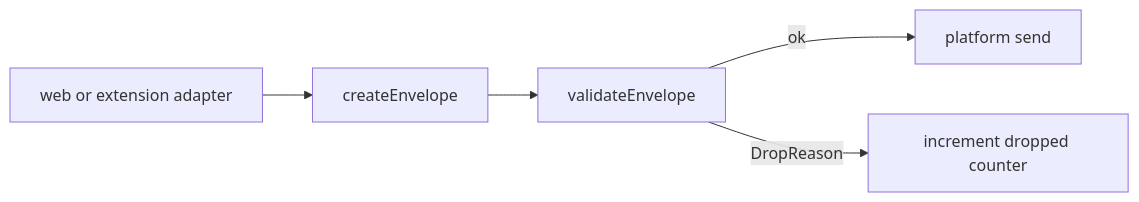
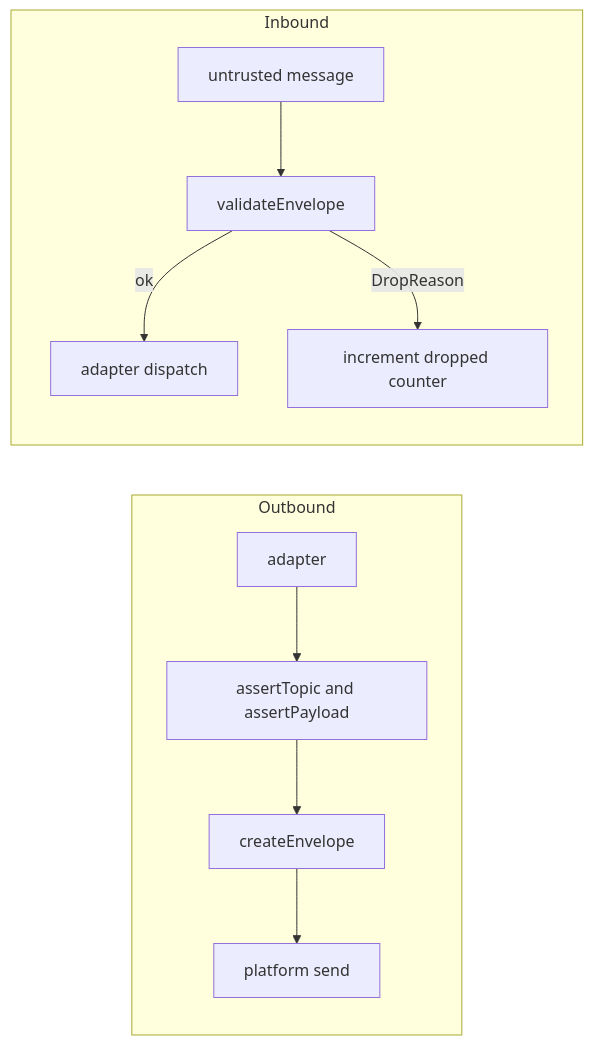
Before and after one commit to webex/webex-js-sdk: the first of 2 diagrams in packages/@webex/web-extension-bridge/src/core/docs/README.md, drawn with Mermaid. The commit also changed other lines of this file and 2 other files, not shown here.

Commit message:
docs(web-extension-bridge): correct Stage 0 hop errors and outbound validation (SPARK-853132)

````diff
--- a/packages/@webex/web-extension-bridge/src/core/docs/README.md
+++ b/packages/@webex/web-extension-bridge/src/core/docs/README.md
@@ -135,7 +135,13 @@
 ```mermaid
 flowchart LR
-  Adapter[web or extension adapter] --> Create[createEnvelope]
-  Create --> Validate[validateEnvelope]
-  Validate -->|ok| Send[platform send]
-  Validate -->|DropReason| Drop[increment dropped counter]
+  subgraph outbound [Outbound]
+    Adapter[adapter] --> Assert[assertTopic and assertPayload]
+    Assert --> Create[createEnvelope]
+    Create --> Send[platform send]
+  end
+  subgraph inbound [Inbound]
+    Recv[untrusted message] --> Validate[validateEnvelope]
+    Validate -->|ok| Dispatch[adapter dispatch]
+    Validate -->|DropReason| Drop[increment dropped counter]
+  end
 ```
````
